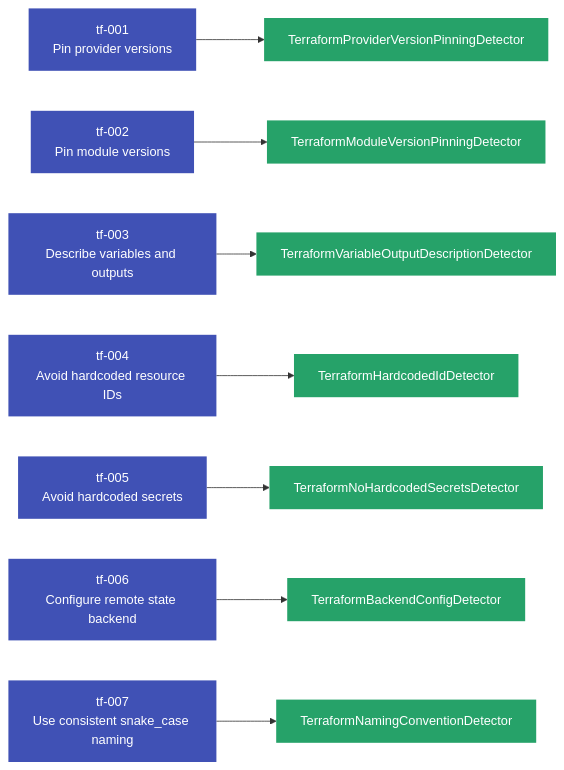
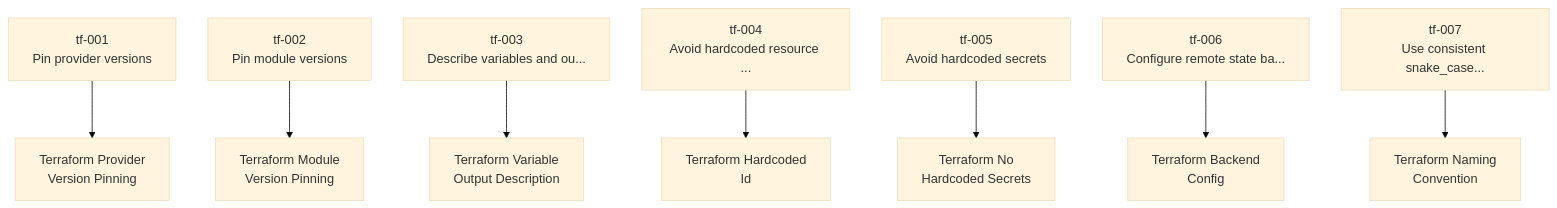
One commit to Anselmoo/mcp-zen-of-languages changed the first of 4 diagrams in docs/user-guide/languages/terraform.md. Above: the diagram before and after it, drawn with Mermaid. The commit also changed other lines of this file and 23 other files, not shown here.

First line of the commit message:
fix(docs): repair Mermaid contrast, text overflow, and expand diagram coverage (#137)

````diff
--- a/docs/user-guide/languages/terraform.md
+++ b/docs/user-guide/languages/terraform.md
@@ -131,40 +131,25 @@
     ```mermaid
-    graph LR
+    %%{init: {"theme": "base", "flowchart": {"useMaxWidth": false, "htmlLabels": true, "nodeSpacing": 40, "rankSpacing": 60}}}%%
+    graph TD
     tf_001["tf-001<br/>Pin provider versions"]
     tf_002["tf-002<br/>Pin module versions"]
-    tf_003["tf-003<br/>Describe variables and outputs"]
-    tf_004["tf-004<br/>Avoid hardcoded resource IDs"]
+    tf_003["tf-003<br/>Describe variables and ou..."]
+    tf_004["tf-004<br/>Avoid hardcoded resource ..."]
     tf_005["tf-005<br/>Avoid hardcoded secrets"]
-    tf_006["tf-006<br/>Configure remote state backend"]
-    tf_007["tf-007<br/>Use consistent snake_case naming"]
-    det_TerraformBackendConfigDetector["TerraformBackendConfigDetector"]
+    tf_006["tf-006<br/>Configure remote state ba..."]
+    tf_007["tf-007<br/>Use consistent snake_case..."]
+    det_TerraformBackendConfigDetector["Terraform Backend<br/>Config"]
     tf_006 --> det_TerraformBackendConfigDetector
-    det_TerraformHardcodedIdDetector["TerraformHardcodedIdDetector"]
+    det_TerraformHardcodedIdDetector["Terraform Hardcoded<br/>Id"]
     tf_004 --> det_TerraformHardcodedIdDetector
-    det_TerraformModuleVersionPinningDetector["TerraformModuleVersionPinningDetector"]
+    det_TerraformModuleVersionPinningDetector["Terraform Module<br/>Version Pinning"]
     tf_002 --> det_TerraformModuleVersionPinningDetector
-    det_TerraformNamingConventionDetector["TerraformNamingConventionDetector"]
+    det_TerraformNamingConventionDetector["Terraform Naming<br/>Convention"]
     tf_007 --> det_TerraformNamingConventionDetector
-    det_TerraformNoHardcodedSecretsDetector["TerraformNoHardcodedSecretsDetector"]
+    det_TerraformNoHardcodedSecretsDetector["Terraform No<br/>Hardcoded Secrets"]
     tf_005 --> det_TerraformNoHardcodedSecretsDetector
-    det_TerraformProviderVersionPinningDetector["TerraformProviderVersionPinningDetector"]
+    det_TerraformProviderVersionPinningDetector["Terraform Provider<br/>Version Pinning"]
     tf_001 --> det_TerraformProviderVersionPinningDetector
-    det_TerraformVariableOutputDescriptionDetector["TerraformVariableOutputDescriptionDetector"]
+    det_TerraformVariableOutputDescriptionDetector["Terraform Variable<br/>Output Description"]
     tf_003 --> det_TerraformVariableOutputDescriptionDetector
-    classDef principle fill:#4051b5,color:#fff,stroke:none
-    classDef detector fill:#26a269,color:#fff,stroke:none
-    class tf_001 principle
-    class tf_002 principle
-    class tf_003 principle
-    class tf_004 principle
-    class tf_005 principle
-    class tf_006 principle
-    class tf_007 principle
-    class det_TerraformBackendConfigDetector detector
-    class det_TerraformHardcodedIdDetector detector
-    class det_TerraformModuleVersionPinningDetector detector
-    class det_TerraformNamingConventionDetector detector
-    class det_TerraformNoHardcodedSecretsDetector detector
-    class det_TerraformProviderVersionPinningDetector detector
-    class det_TerraformVariableOutputDescriptionDetector detector
     ```
````
